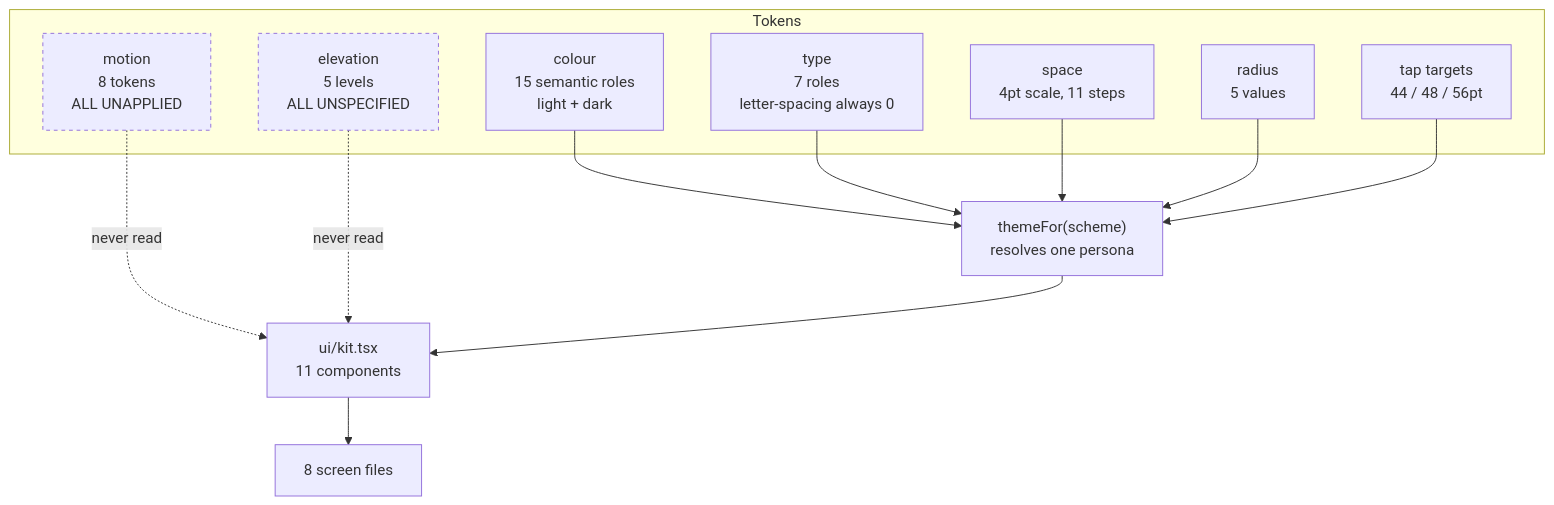
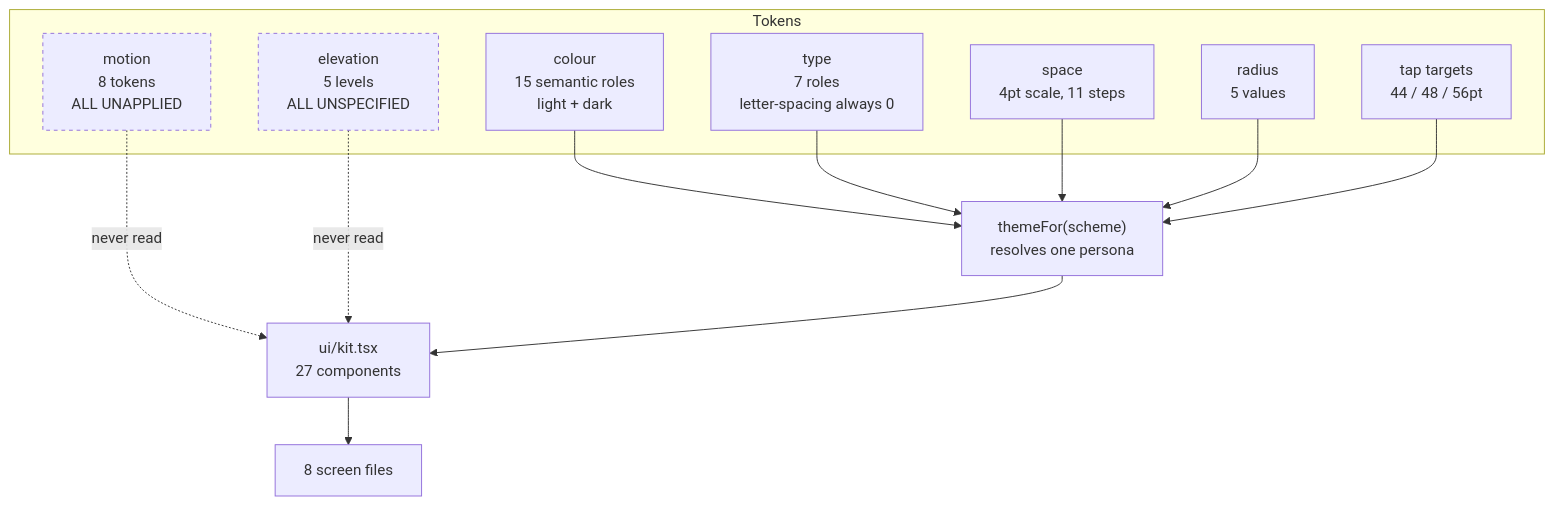
The fourth of 6 diagrams in docs/design/DIAGRAMS.md (alinasser21001b-blip/adlytic), drawn with Mermaid before and after one commit. The commit also changed 20 other files, not shown here.

````diff
--- a/docs/design/DIAGRAMS.md
+++ b/docs/design/DIAGRAMS.md
@@ -154,26 +154,26 @@
 ```mermaid
 flowchart TD
   subgraph Tokens
     color["colour<br/>15 semantic roles<br/>light + dark"]
     type["type<br/>7 roles<br/>letter-spacing always 0"]
     space["space<br/>4pt scale, 11 steps"]
     radius["radius<br/>5 values"]
     tap["tap targets<br/>44 / 48 / 56pt"]
     motion["motion<br/>8 tokens<br/>ALL UNAPPLIED"]
     elevation["elevation<br/>5 levels<br/>ALL UNSPECIFIED"]
   end
   theme["themeFor(scheme)<br/>resolves one persona"]
-  kit["ui/kit.tsx<br/>11 components"]
+  kit["ui/kit.tsx<br/>27 components"]
   screens["8 screen files"]
   color --> theme
   type --> theme
   space --> theme
   radius --> theme
   tap --> theme
   motion -.never read.-> kit
   elevation -.never read.-> kit
   theme --> kit
   kit --> screens
   classDef dead stroke-dasharray: 4 4;
   class motion,elevation dead;
 ```
````
